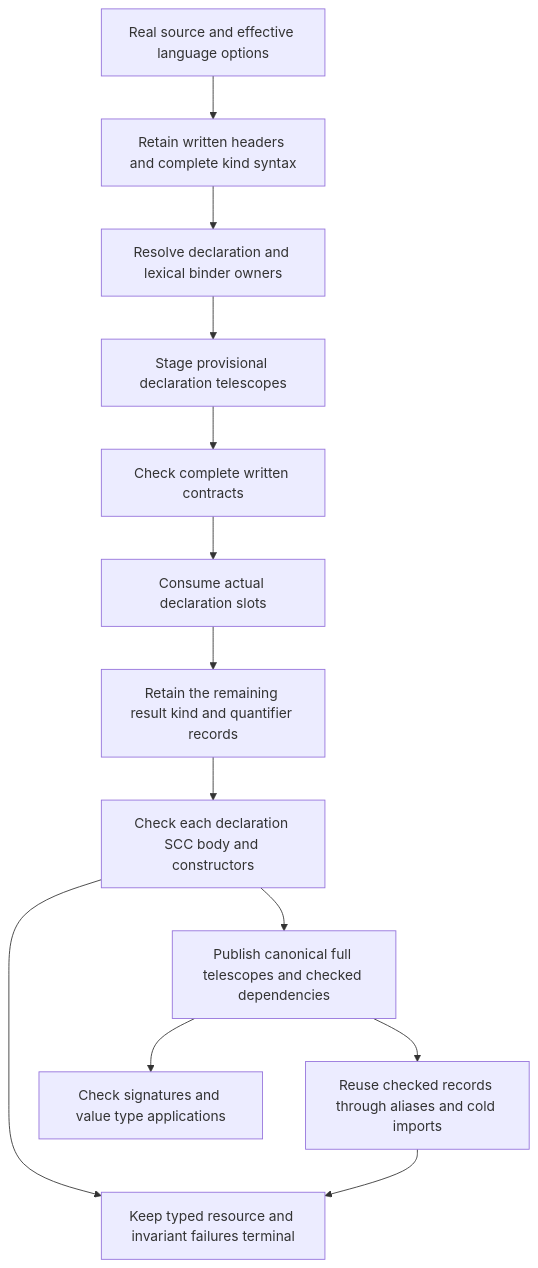
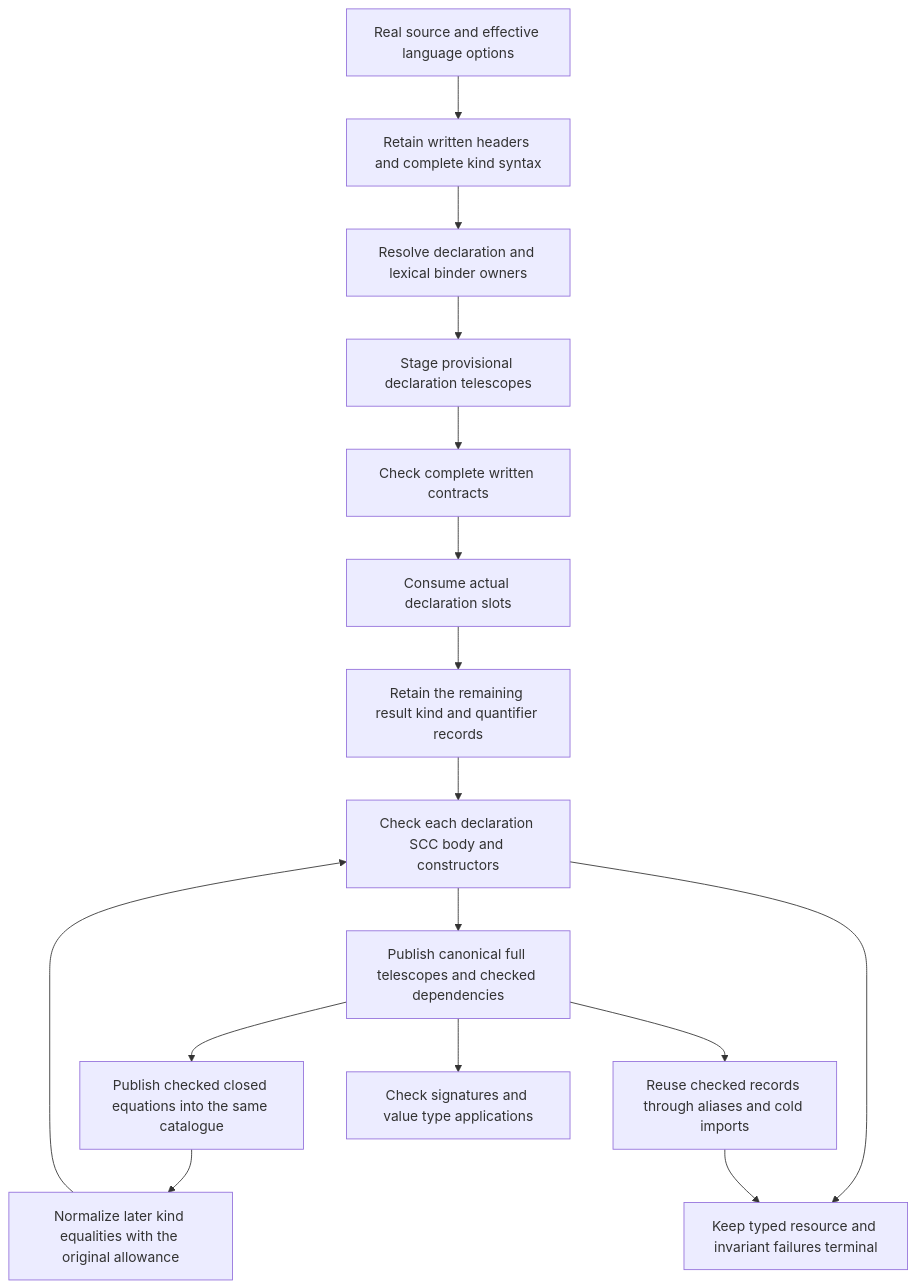
One commit to loveJesus/haskelujah-chirho changed the diagram in spec-chirho/workflows-chirho/language-features-chirho/declaration-kinds-chirho.md. Above: the diagram before and after it, drawn with Mermaid. The commit also changed other lines of this file and 28 other files, not shown here.

First line of the commit message:
Publish checked closed families before dependent kind equality

````diff
--- a/spec-chirho/workflows-chirho/language-features-chirho/declaration-kinds-chirho.md
+++ b/spec-chirho/workflows-chirho/language-features-chirho/declaration-kinds-chirho.md
@@ -7,15 +7,18 @@
 ```mermaid
 flowchart TD
   SourceChirho[Real source and effective language options] --> LowerChirho[Retain written headers and complete kind syntax]
   LowerChirho --> NamesChirho[Resolve declaration and lexical binder owners]
   NamesChirho --> HeaderChirho[Stage provisional declaration telescopes]
   HeaderChirho --> CompleteChirho[Check complete written contracts]
   CompleteChirho --> CursorChirho[Consume actual declaration slots]
   CursorChirho --> ResultChirho[Retain the remaining result kind and quantifier records]
   ResultChirho --> BodyChirho[Check each declaration SCC body and constructors]
   BodyChirho --> PublishChirho[Publish canonical full telescopes and checked dependencies]
+  PublishChirho --> FamilyChirho[Publish checked closed equations into the same catalogue]
+  FamilyChirho --> EqualityChirho[Normalize later kind equalities with the original allowance]
+  EqualityChirho --> BodyChirho
   PublishChirho --> ImportChirho[Reuse checked records through aliases and cold imports]
   PublishChirho --> ValuesChirho[Check signatures and value type applications]
   BodyChirho --> FailureChirho[Keep typed resource and invariant failures terminal]
   ImportChirho --> FailureChirho
 ```
````
